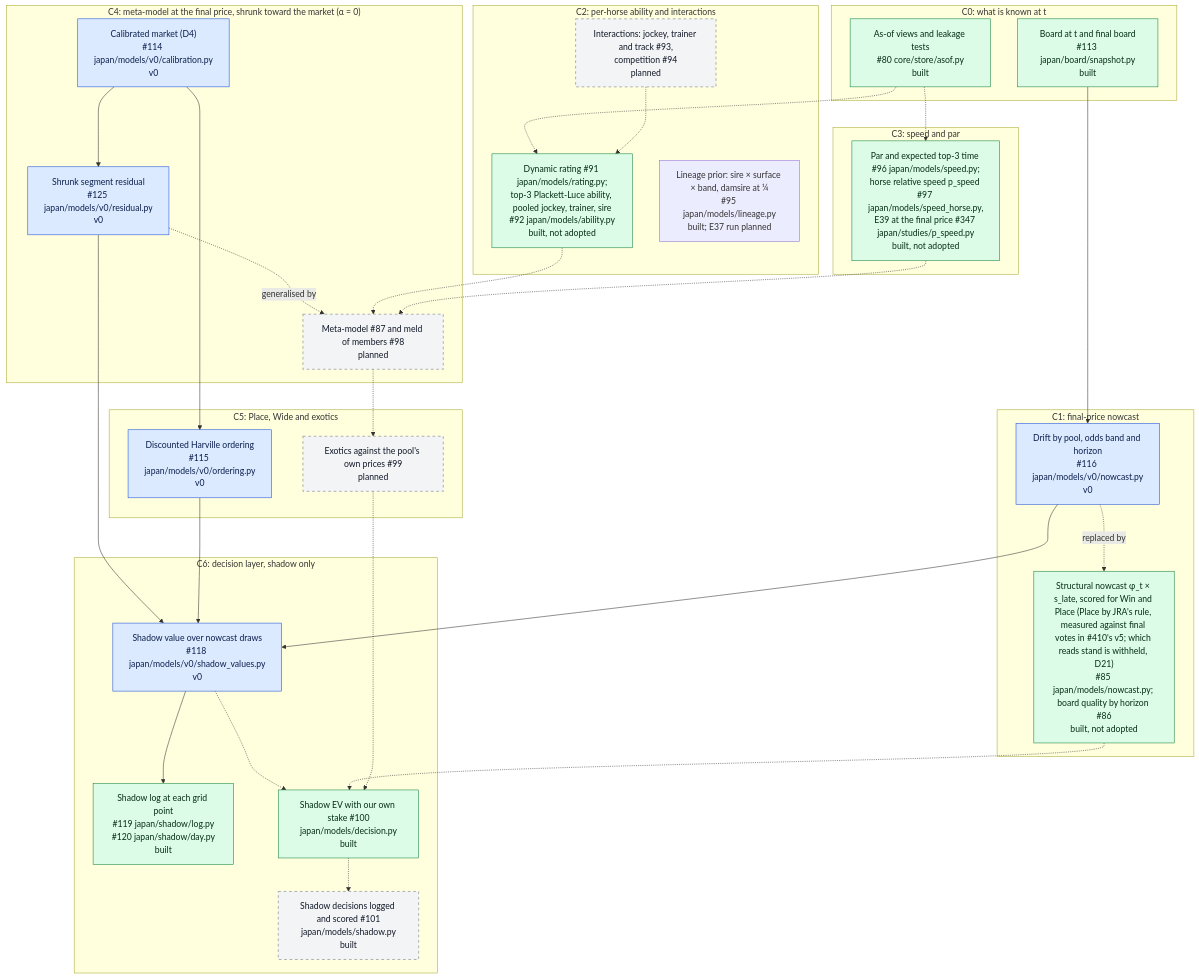
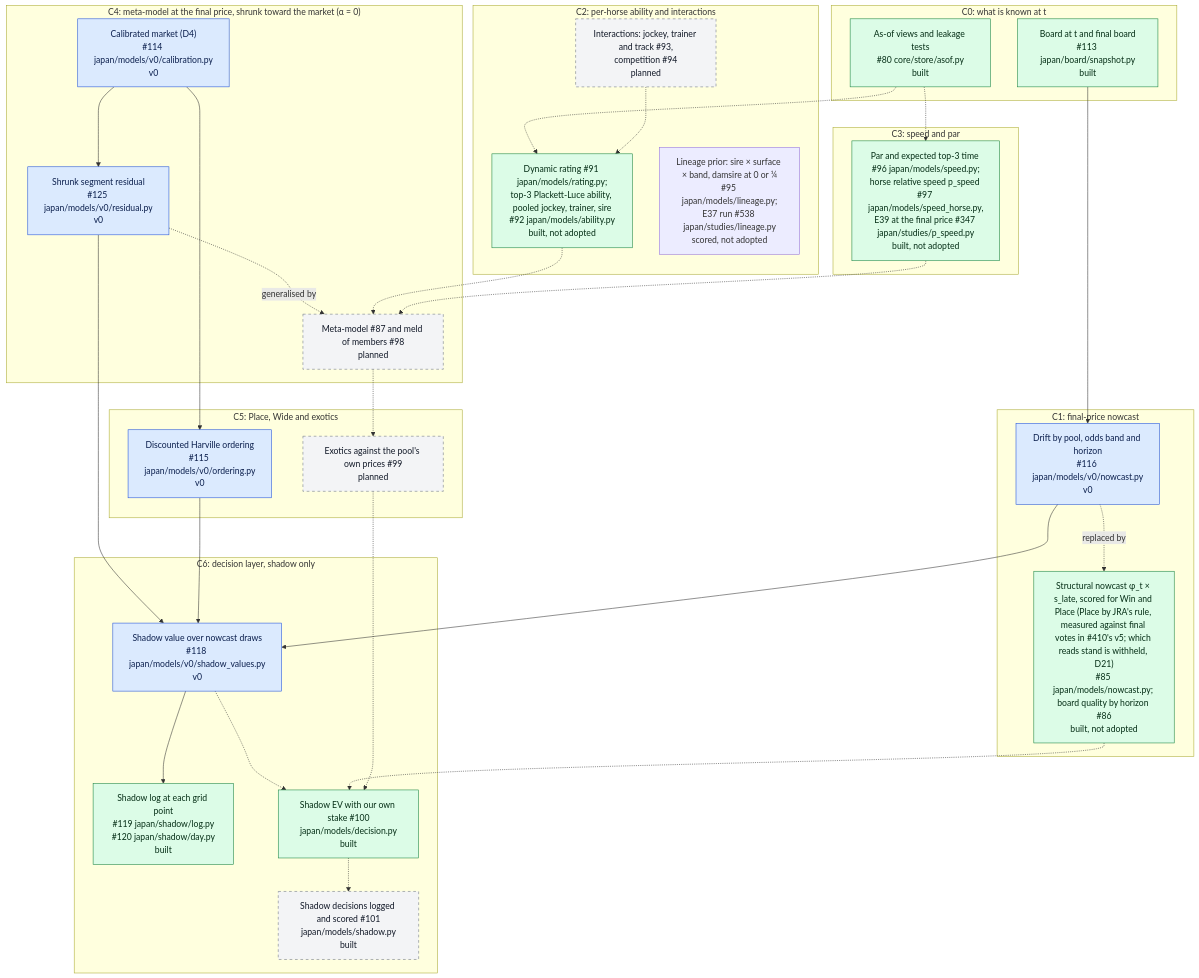
Before and after one commit to rjeskuri/HorseTrackBetting: the second of 6 diagrams in docs/modeling.md, drawn with Mermaid. The commit also changed other lines of this file and 15 other files, not shown here.

First line of the commit message:
Run E37: feed the lineage prior into #92's member and score segment ΔLL (#538) (#703)

````diff
--- a/docs/modeling.md
+++ b/docs/modeling.md
@@ -71,60 +71,60 @@
 ```mermaid
 flowchart TB
     subgraph L0["C0: what is known at t"]
         ASOF["As-of views and leakage tests<br/>#80 core/store/asof.py<br/>built"]
         BOARD["Board at t and final board<br/>#113 japan/board/snapshot.py<br/>built"]
     end
     subgraph L1["C1: final-price nowcast"]
         NC0["Drift by pool, odds band and horizon<br/>#116 japan/models/v0/nowcast.py<br/>v0"]
         NC1["Structural nowcast φ_t × s_late, scored for Win and Place (Place by JRA's rule, measured against final votes in #410's v5; which reads stand is withheld, D21)<br/>#85 japan/models/nowcast.py; board quality by horizon #86<br/>built, not adopted"]
     end
     subgraph L2["C2: per-horse ability and interactions"]
         ABIL["Dynamic rating #91 japan/models/rating.py;<br/>top-3 Plackett-Luce ability, pooled jockey, trainer, sire<br/>#92 japan/models/ability.py<br/>built, not adopted"]
         INTR["Interactions: jockey, trainer and track #93,<br/>competition #94<br/>planned"]
-        LIN["Lineage prior: sire × surface × band, damsire at ¼<br/>#95 japan/models/lineage.py<br/>built; E37 run planned"]
+        LIN["Lineage prior: sire × surface × band, damsire at 0 or ¼<br/>#95 japan/models/lineage.py;<br/>E37 run #538 japan/studies/lineage.py<br/>scored, not adopted"]
     end
     subgraph L3["C3: speed and par"]
         SPEED["Par and expected top-3 time #96 japan/models/speed.py;<br/>horse relative speed p_speed #97 japan/models/speed_horse.py,<br/>E39 at the final price #347 japan/studies/p_speed.py<br/>built, not adopted"]
     end
     subgraph L4["C4: meta-model at the final price, shrunk toward the market (α = 0)"]
         CAL["Calibrated market (D4)<br/>#114 japan/models/v0/calibration.py<br/>v0"]
         RES["Shrunk segment residual<br/>#125 japan/models/v0/residual.py<br/>v0"]
         META["Meta-model #87 and meld of members #98<br/>planned"]
     end
     subgraph L5["C5: Place, Wide and exotics"]
         ORD["Discounted Harville ordering<br/>#115 japan/models/v0/ordering.py<br/>v0"]
         EXO["Exotics against the pool's own prices #99<br/>planned"]
     end
     subgraph L6["C6: decision layer, shadow only"]
         SV["Shadow value over nowcast draws<br/>#118 japan/models/v0/shadow_values.py<br/>v0"]
         SLOG["Shadow log at each grid point<br/>#119 japan/shadow/log.py<br/>#120 japan/shadow/day.py<br/>built"]
         STAKE["Shadow EV with our own stake #100<br/>japan/models/decision.py<br/>built"]
         SDEC["Shadow decisions logged and scored #101<br/>japan/models/shadow.py<br/>built"]
     end
     BOARD --> NC0
     NC0 -.->|"replaced by"| NC1
     ASOF -.-> ABIL
     INTR -.-> ABIL
     ASOF -.-> SPEED
     CAL --> RES
     CAL --> ORD
     RES -.->|"generalised by"| META
     ABIL -.-> META
     SPEED -.-> META
     META -.-> EXO
     RES --> SV
     ORD --> SV
     NC0 --> SV
     SV --> SLOG
     SV -.-> STAKE
     NC1 -.-> STAKE
     EXO -.-> STAKE
     STAKE -.-> SDEC
 
     classDef v0 fill:#dbeafe,stroke:#1d4ed8,color:#0b1f4d
     classDef built fill:#dcfce7,stroke:#15803d,color:#052e16
     classDef planned fill:#f3f4f6,stroke:#6b7280,stroke-dasharray: 5 5,color:#111827
     class NC0,CAL,RES,ORD,SV v0
     class ASOF,BOARD,SLOG,NC1,ABIL,STAKE,SPEED built
     class INTR,META,EXO,SDEC planned
 ```
````
